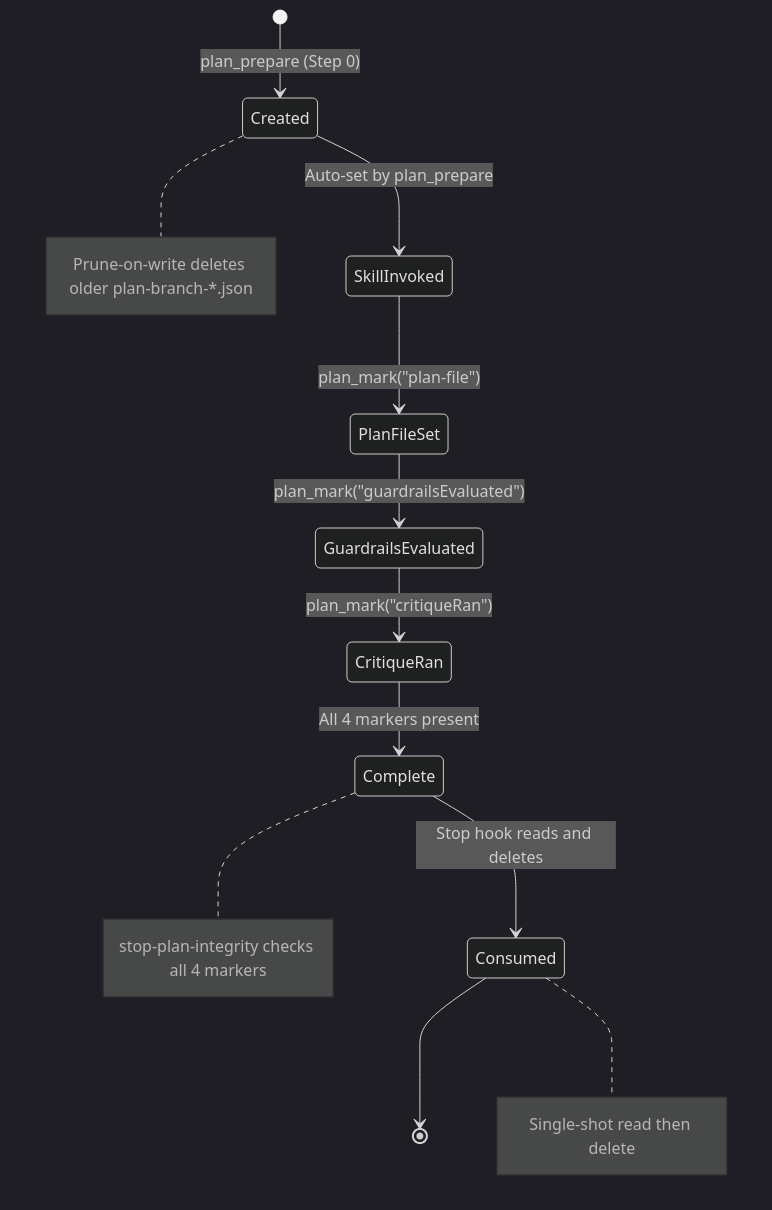
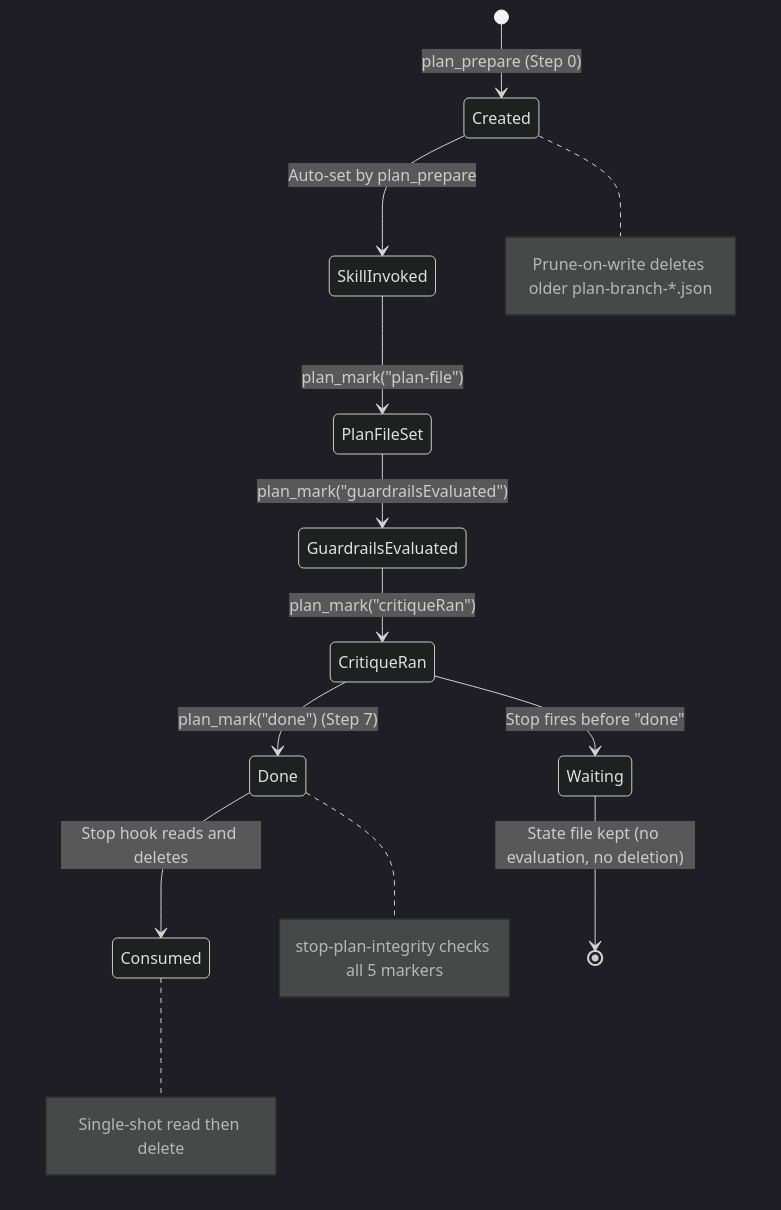
The fourth of 4 diagrams in docs/plan-architecture.md (rnagrodzki/sdlc-plugin), drawn with Mermaid (dark theme) before and after one commit. The commit also changed other lines of this file and 35 other files, not shown here.

````diff
--- a/docs/plan-architecture.md
+++ b/docs/plan-architecture.md
@@ -593,15 +595,16 @@
 ```mermaid
 stateDiagram-v2
     [*] --> Created: plan_prepare (Step 0)
     Created --> SkillInvoked: Auto-set by plan_prepare
     SkillInvoked --> PlanFileSet: plan_mark("plan-file")
     PlanFileSet --> GuardrailsEvaluated: plan_mark("guardrailsEvaluated")
     GuardrailsEvaluated --> CritiqueRan: plan_mark("critiqueRan")
-    CritiqueRan --> Complete: All 4 markers present
-    Complete --> Consumed: Stop hook reads and deletes
-    Consumed --> [*]
+    CritiqueRan --> Done: plan_mark("done") (Step 7)
+    Done --> Consumed: Stop hook reads and deletes
+    CritiqueRan --> Waiting: Stop fires before "done"
+    Waiting --> [*]: State file kept (no evaluation, no deletion)
 
     note right of Created: Prune-on-write deletes older plan-branch-*.json
-    note right of Complete: stop-plan-integrity checks all 4 markers
+    note right of Done: stop-plan-integrity checks all 5 markers
     note right of Consumed: Single-shot read then delete
 ```
````
